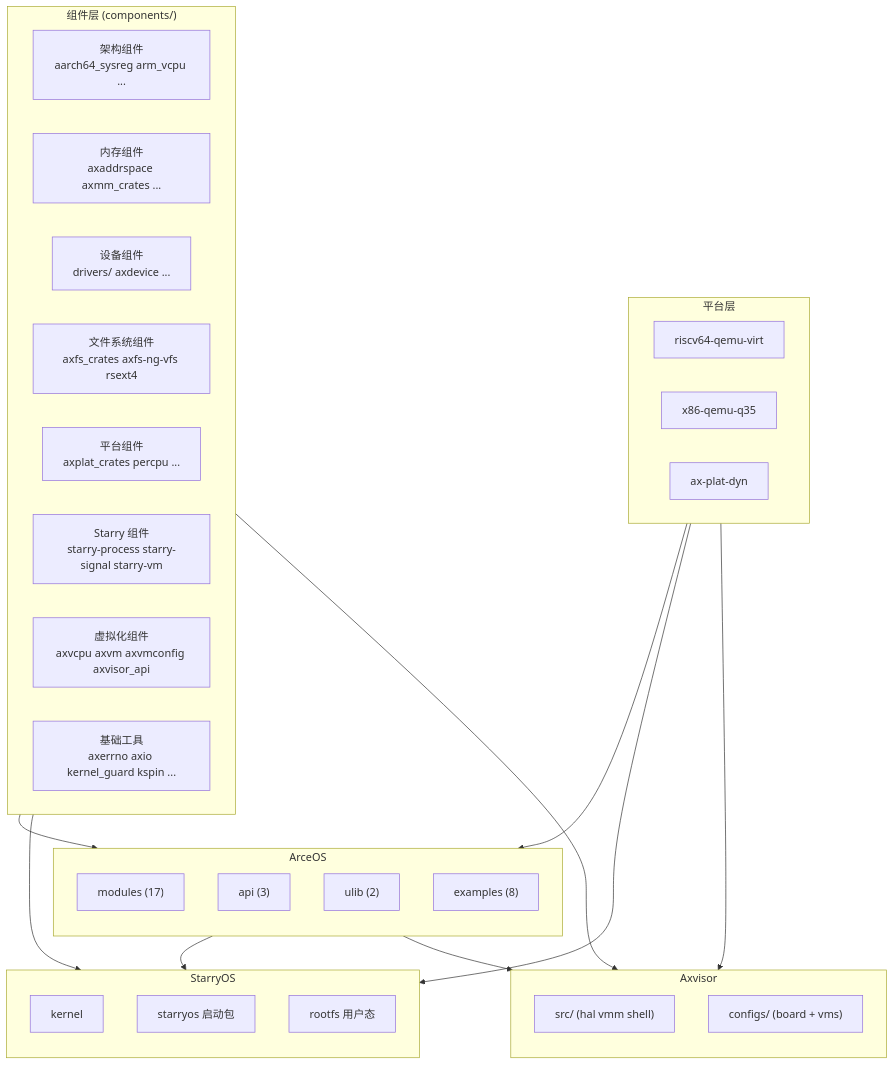
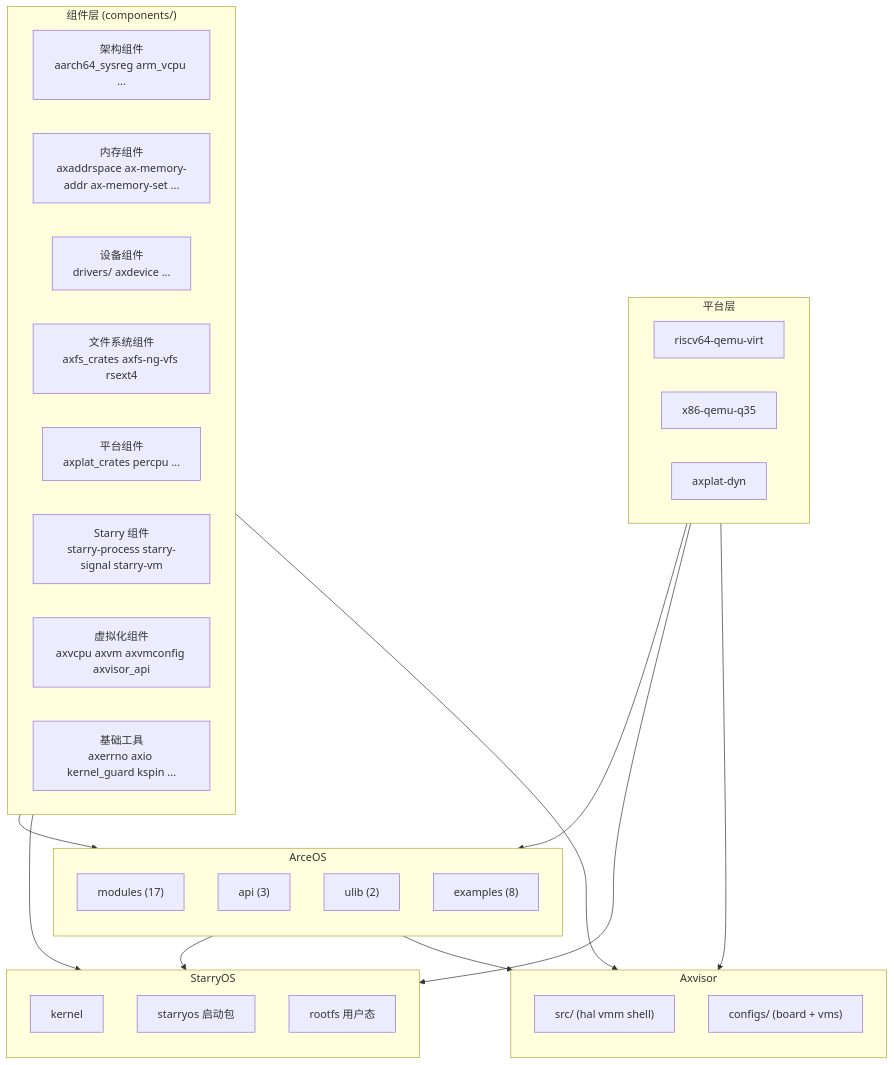
Before and after one commit to rcore-os/tgoskits: the first of 2 diagrams in docs/docs/architecture/overview.md, drawn with Mermaid. The commit also changed other lines of this file and 702 other files, not shown here.

````diff
--- a/docs/docs/architecture/overview.md
+++ b/docs/docs/architecture/overview.md
@@ -10,51 +10,51 @@
 ```mermaid
 flowchart TD
     subgraph Components["组件层 (components/)"]
         direction LR
         C1["架构组件<br/>aarch64_sysreg arm_vcpu ..."]
-        C2["内存组件<br/>axaddrspace axmm_crates ..."]
+        C2["内存组件<br/>axaddrspace ax-memory-addr ax-memory-set ..."]
         C3["设备组件<br/>drivers/ axdevice ..."]
         C4["文件系统组件<br/>axfs_crates axfs-ng-vfs rsext4"]
         C5["平台组件<br/>axplat_crates percpu ..."]
         C6["Starry 组件<br/>starry-process starry-signal starry-vm"]
         C7["虚拟化组件<br/>axvcpu axvm axvmconfig axvisor_api"]
         C8["基础工具<br/>axerrno axio kernel_guard kspin ..."]
     end
 
     subgraph ArceOS["ArceOS"]
         direction TB
         AM["modules (17)"]
         AA["api (3)"]
         AU["ulib (2)"]
         AX["examples (8)"]
     end
 
     subgraph StarryOS["StarryOS"]
         direction TB
         SK["kernel"]
         SP["starryos 启动包"]
         SR["rootfs 用户态"]
     end
 
     subgraph Axvisor["Axvisor"]
         direction TB
         AV["src/ (hal vmm shell)"]
         AC["configs/ (board + vms)"]
     end
 
     subgraph Platform["平台层"]
         direction LR
         P1["riscv64-qemu-virt"]
         P2["x86-qemu-q35"]
-        P3["ax-plat-dyn"]
+        P3["axplat-dyn"]
     end
 
     Components --> ArceOS
     Components --> StarryOS
     Components --> Axvisor
     ArceOS --> StarryOS
     ArceOS --> Axvisor
     Platform --> ArceOS
     Platform --> StarryOS
     Platform --> Axvisor
 ```
````
